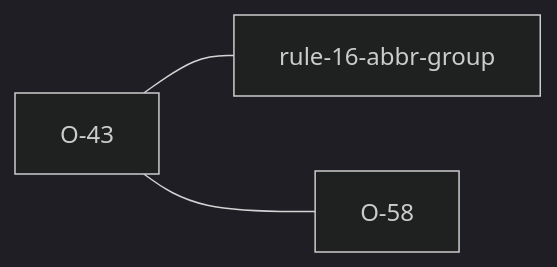
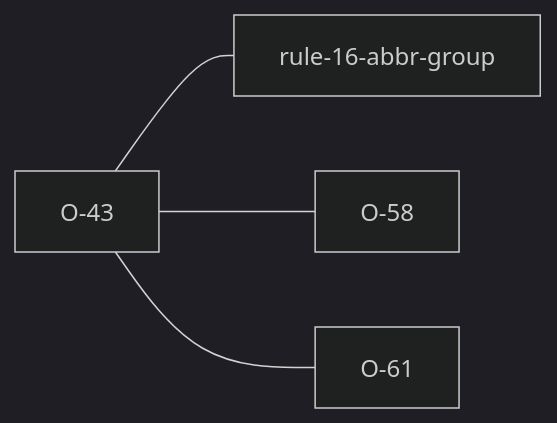
Before and after one commit to niko86/laterite: the diagram in ags-wiki/observations/O-43.md, drawn with Mermaid (dark theme). The commit also changed other lines of this file and 78 other files, not shown here.

````diff
--- a/ags-wiki/observations/O-43.md
+++ b/ags-wiki/observations/O-43.md
@@ -36,5 +36,6 @@
 ```mermaid
 graph LR
   O_43["O-43"] --- R16["rule-16-abbr-group"]
   O_43 --- O_58["O-58"]
+  O_43 --- O_61["O-61"]
 ```
````
